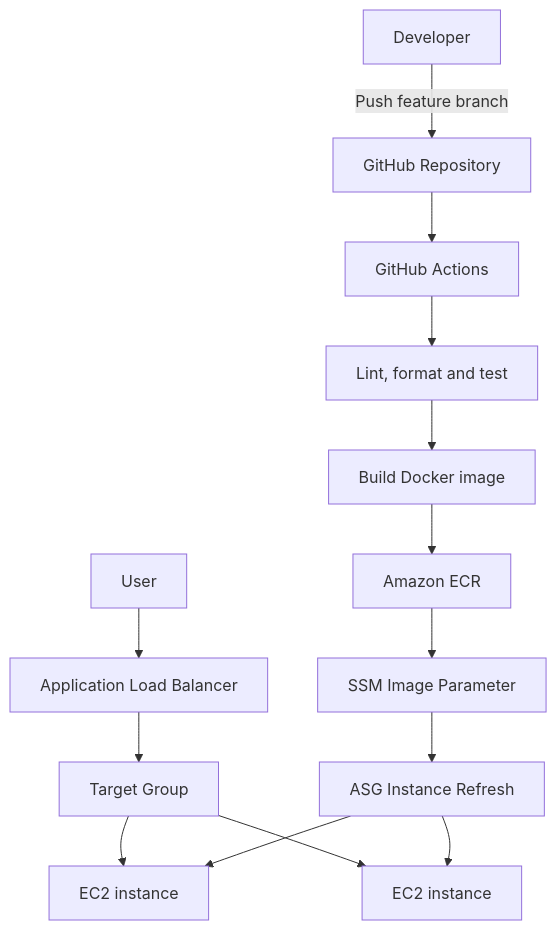
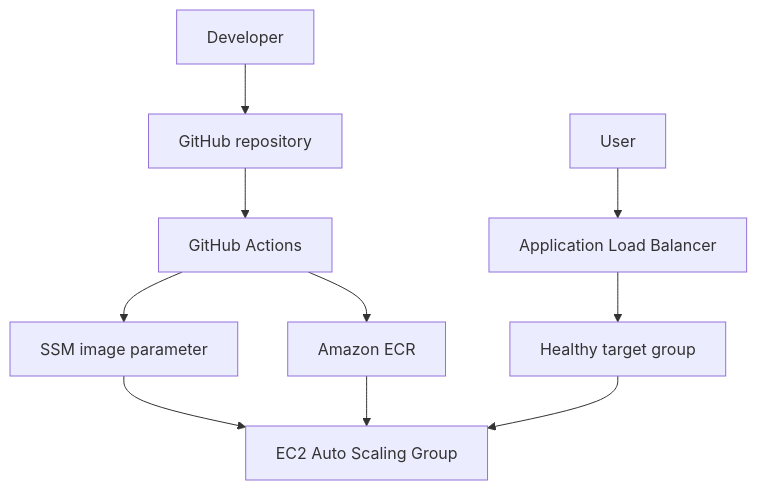
Before and after one commit to 22120139/goldenowl-devops-internship-challenge: the first of 2 diagrams in README.md, drawn with Mermaid. The commit also changed other lines of this file, not shown here.

Commit message:
docs(readme): document branch-based CI/CD workflow

````diff
--- a/README.md
+++ b/README.md
@@ -25,19 +28,13 @@
 ```mermaid
 flowchart TD
-    Developer["Developer"] -->|Push feature branch| GitHub["GitHub Repository"]
-    GitHub --> Actions["GitHub Actions"]
-
-    Actions --> Test["Lint, format and test"]
-    Test --> Build["Build Docker image"]
-    Build --> ECR["Amazon ECR"]
-    ECR --> Parameter["SSM Image Parameter"]
-    Parameter --> Refresh["ASG Instance Refresh"]
+    Developer["Developer"] --> Repository["GitHub repository"]
+    Repository --> Actions["GitHub Actions"]
+    Actions --> ECR["Amazon ECR"]
+    Actions --> Parameter["SSM image parameter"]
+    Parameter --> ASG["EC2 Auto Scaling Group"]
+    ECR --> ASG
 
     User["User"] --> ALB["Application Load Balancer"]
-    ALB --> TargetGroup["Target Group"]
-    TargetGroup --> EC2A["EC2 instance"]
-    TargetGroup --> EC2B["EC2 instance"]
-
-    Refresh --> EC2A
-    Refresh --> EC2B
+    ALB --> Targets["Healthy target group"]
+    Targets --> ASG
 ```
````
